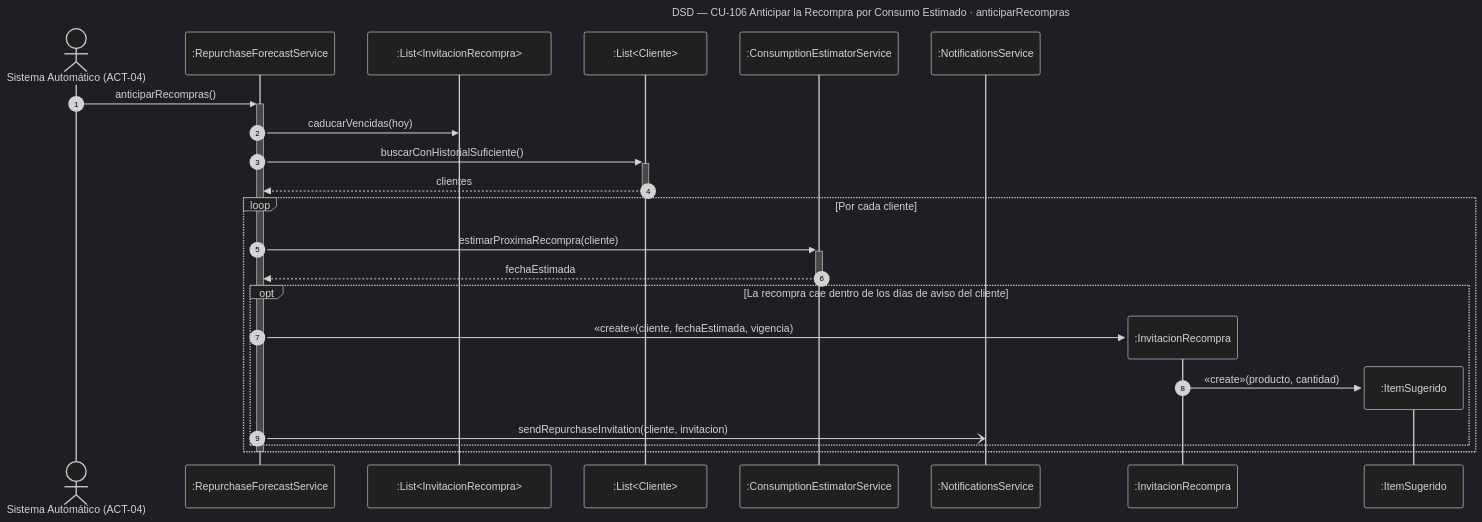
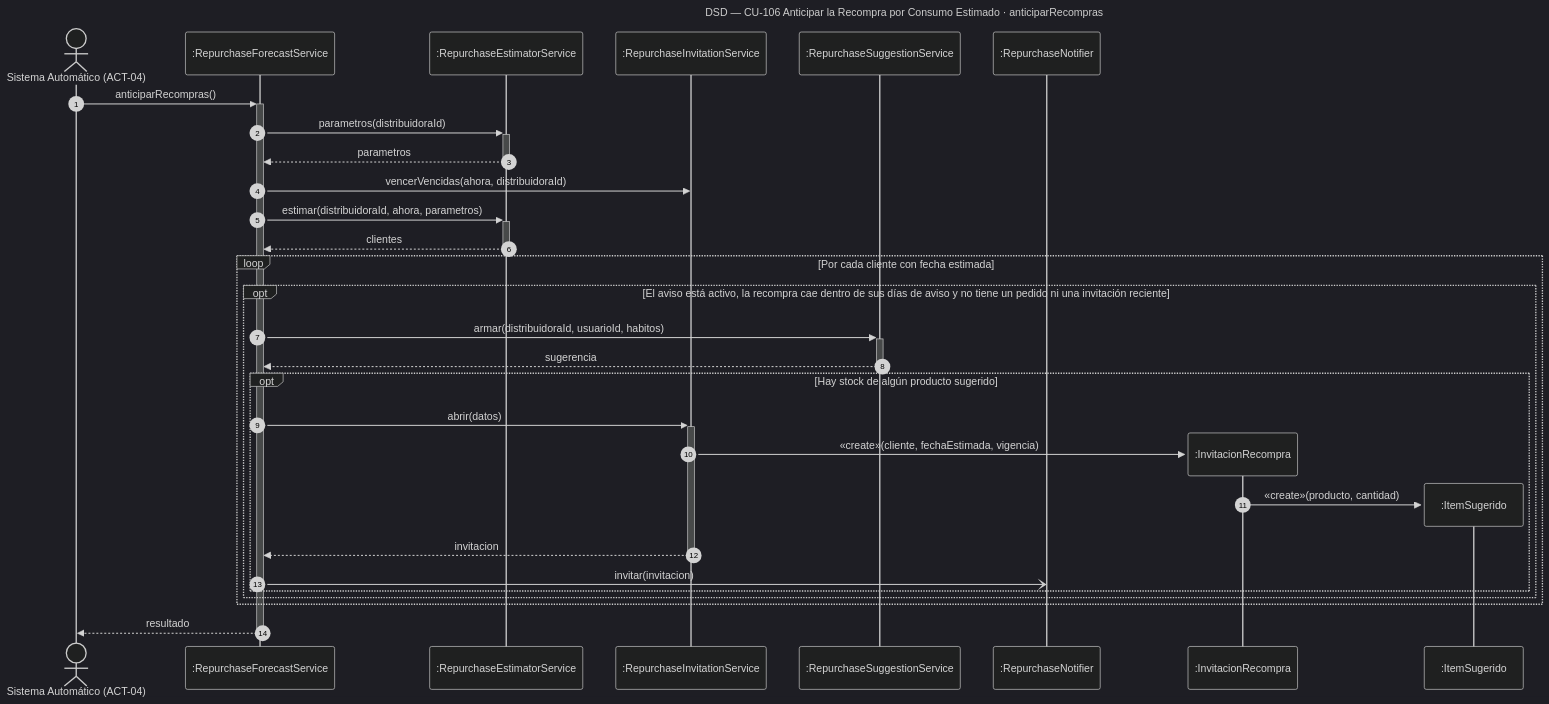
Diagram 18 of 20 in documentos/3-Diseño.md (Nahuelito-Dev/splg-docs), drawn with Mermaid (dark theme) before and after one commit. The commit also changed other lines of this file and 68 other files, not shown here.

Commit message:
docs(catedra): catálogo de casos de uso al día (328 vigentes, retirados del alcance, M2 a M5 implementados) y los DSD de los módulos inteligentes contra el código real

````diff
--- a/documentos/3-Diseño.md
+++ b/documentos/3-Diseño.md
@@ -1901,28 +1904,34 @@
 ```mermaid
 sequenceDiagram
     title DSD — CU-106 Anticipar la Recompra por Consumo Estimado · anticiparRecompras
     autonumber
     actor SIS as Sistema Automático (ACT-04)
     participant RFS as :RepurchaseForecastService
-    participant INVS as :List#lt;InvitacionRecompra#gt;
-    participant CLIS as :List#lt;Cliente#gt;
-    participant EST as :ConsumptionEstimatorService
-    participant NOT as :NotificationsService
+    participant EST as :RepurchaseEstimatorService
+    participant INVS as :RepurchaseInvitationService
+    participant SUG as :RepurchaseSuggestionService
+    participant NOT as :RepurchaseNotifier
 
     SIS->>+RFS: anticiparRecompras()
-    RFS->>INVS: caducarVencidas(hoy)
-    RFS->>+CLIS: buscarConHistorialSuficiente()
-    CLIS-->>-RFS: clientes
-    loop Por cada cliente
-        RFS->>+EST: estimarProximaRecompra(cliente)
-        EST-->>-RFS: fechaEstimada
-        opt La recompra cae dentro de los días de aviso del cliente
-            create participant INV as :InvitacionRecompra
-            RFS->>INV: «create»(cliente, fechaEstimada, vigencia)
-            create participant ITS as :ItemSugerido
-            INV->>ITS: «create»(producto, cantidad)
-            RFS-)NOT: sendRepurchaseInvitation(cliente, invitacion)
+    RFS->>+EST: parametros(distribuidoraId)
+    EST-->>-RFS: parametros
+    RFS->>INVS: vencerVencidas(ahora, distribuidoraId)
+    RFS->>+EST: estimar(distribuidoraId, ahora, parametros)
+    EST-->>-RFS: clientes
+    loop Por cada cliente con fecha estimada
+        opt El aviso está activo, la recompra cae dentro de sus días de aviso y no tiene un pedido ni una invitación reciente
+            RFS->>+SUG: armar(distribuidoraId, usuarioId, habitos)
+            SUG-->>-RFS: sugerencia
+            opt Hay stock de algún producto sugerido
+                RFS->>+INVS: abrir(datos)
+                create participant INV as :InvitacionRecompra
+                INVS->>INV: «create»(cliente, fechaEstimada, vigencia)
+                create participant ITS as :ItemSugerido
+                INV->>ITS: «create»(producto, cantidad)
+                INVS-->>-RFS: invitacion
+                RFS-)NOT: invitar(invitacion)
+            end
         end
     end
-    deactivate RFS
+    RFS-->>-SIS: resultado
 ```
````
